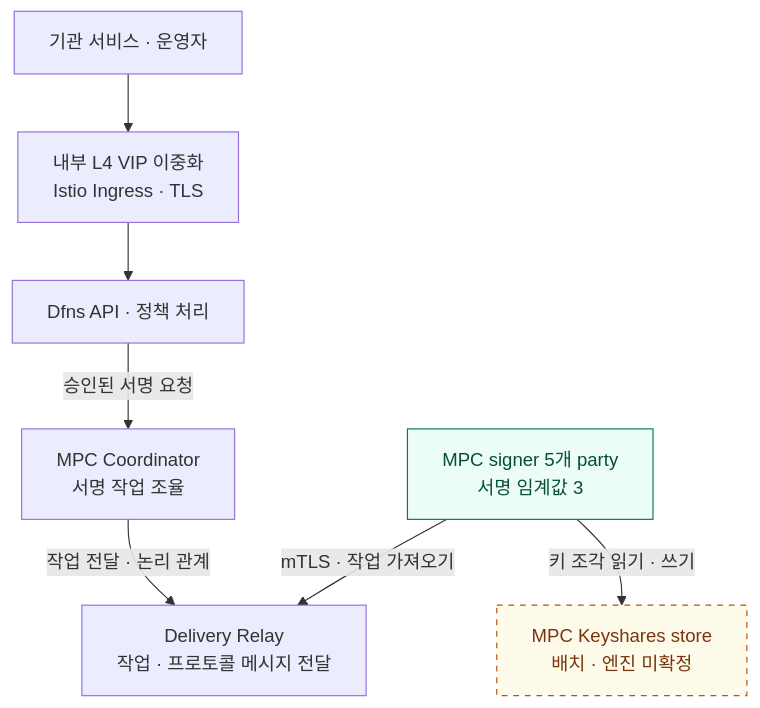
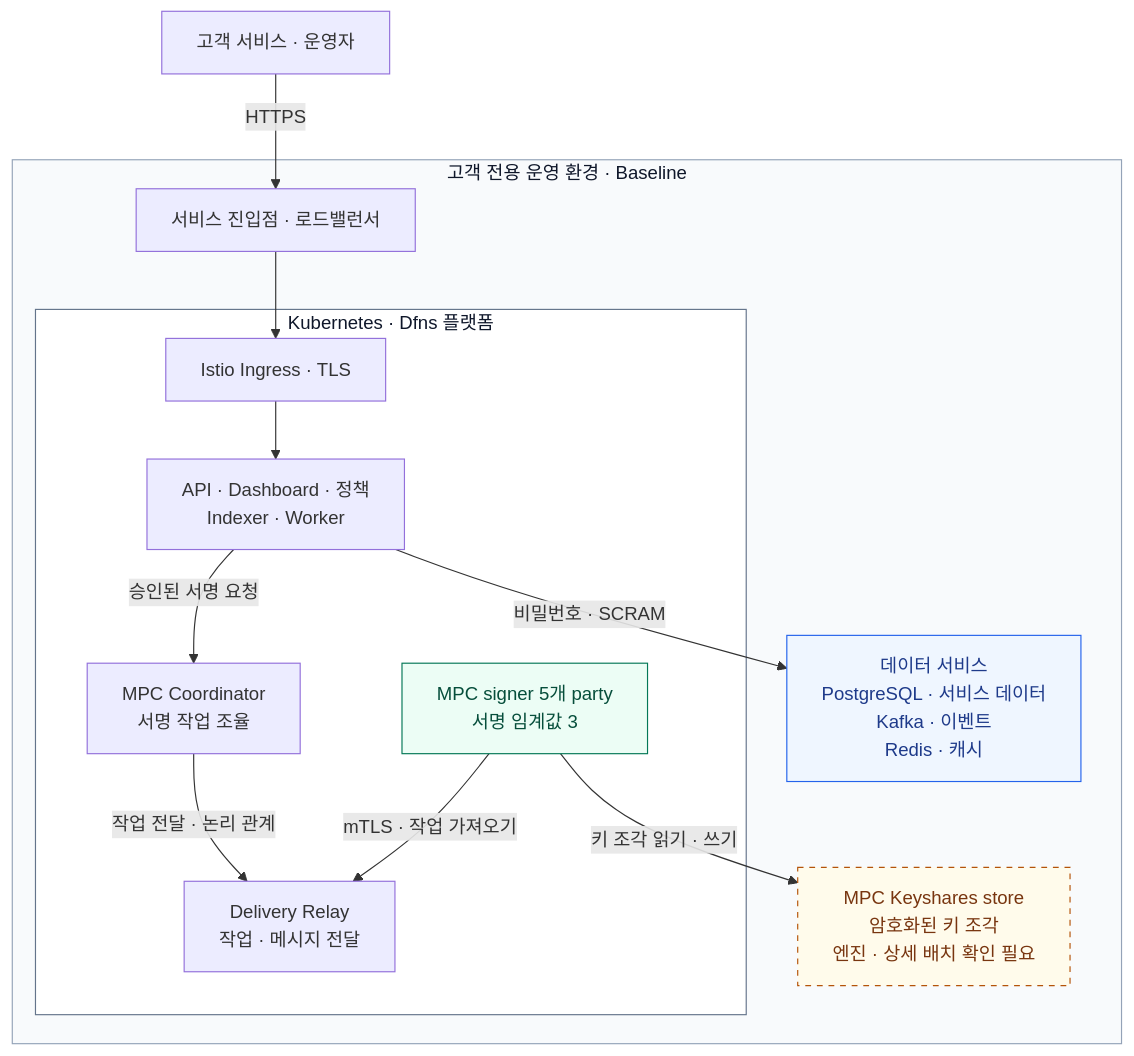
The second of 3 diagrams in blockchain-manager/docs/WaaS 도입·구축/Dfns/03-baseline-datacenter-design.md (eunsujeo/eunpus), drawn with Mermaid before and after one commit. The commit also changed other lines of this file and 10 other files, not shown here.

````diff
--- a/blockchain-manager/docs/WaaS 도입·구축/Dfns/03-baseline-datacenter-design.md
+++ b/blockchain-manager/docs/WaaS 도입·구축/Dfns/03-baseline-datacenter-design.md
@@ -65,19 +69,32 @@
 ```mermaid
 flowchart TB
-    USER["기관 서비스 · 운영자"]
-    ENTRY["내부 L4 VIP 이중화<br/>Istio Ingress · TLS"]
-    APP["Dfns API · 정책 처리"]
-    COORD["MPC Coordinator<br/>서명 작업 조율"]
-    RELAY["Delivery Relay<br/>작업 · 프로토콜 메시지 전달"]
-    SIGN["MPC signer 5개 party<br/>서명 임계값 3"]
-    KEYS["MPC Keyshares store<br/>배치 · 엔진 미확정"]
-    USER --> ENTRY --> APP
-    APP -->|"승인된 서명 요청"| COORD
-    COORD -->|"작업 전달 · 논리 관계"| RELAY
-    SIGN -->|"mTLS · 작업 가져오기"| RELAY
-    SIGN -->|"키 조각 읽기 · 쓰기"| KEYS
+    CLIENT["고객 서비스 · 운영자"]
+    subgraph ENV["고객 전용 운영 환경 · Baseline"]
+        LB["서비스 진입점 · 로드밸런서"]
+        subgraph K8S["Kubernetes · Dfns 플랫폼"]
+            INGRESS["Istio Ingress · TLS"]
+            APP["API · Dashboard · 정책<br/>Indexer · Worker"]
+            COORD["MPC Coordinator<br/>서명 작업 조율"]
+            RELAY["Delivery Relay<br/>작업 · 메시지 전달"]
+            SIGN["MPC signer 5개 party<br/>서명 임계값 3"]
+            INGRESS --> APP
+            APP -->|"승인된 서명 요청"| COORD
+            COORD -->|"작업 전달 · 논리 관계"| RELAY
+            SIGN -->|"mTLS · 작업 가져오기"| RELAY
+        end
+        DATA["데이터 서비스<br/>PostgreSQL · 서비스 데이터<br/>Kafka · 이벤트<br/>Redis · 캐시"]
+        KEYS["MPC Keyshares store<br/>암호화된 키 조각<br/>엔진 · 상세 배치 확인 필요"]
+        LB --> INGRESS
+        APP -->|"비밀번호 · SCRAM"| DATA
+        SIGN -->|"키 조각 읽기 · 쓰기"| KEYS
+    end
+    CLIENT -->|"HTTPS"| LB
     classDef signing fill:#ecfdf5,stroke:#047857,color:#064e3b
+    classDef data fill:#eff6ff,stroke:#2563eb,color:#1e3a8a
     classDef pending fill:#fffbeb,stroke:#b45309,color:#78350f,stroke-dasharray:5 5
+    style ENV fill:#f8fafc,stroke:#94a3b8,color:#0f172a
+    style K8S fill:#fff,stroke:#64748b,color:#0f172a
     class SIGN signing
+    class DATA data
     class KEYS pending
 ```
````
